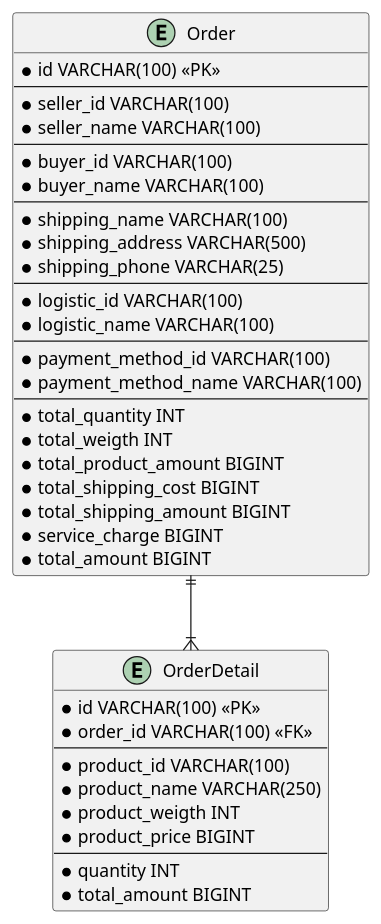
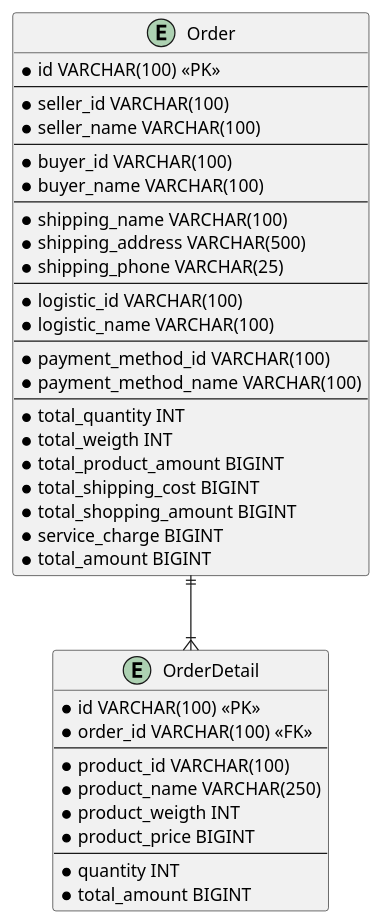
The diagram in history_order.puml (putrasatriowibowo/BelajarDatabase), drawn with PlantUML before and after one commit.

Commit message:
studi kasus history order revisi

```diff
--- a/history_order.puml
+++ b/history_order.puml
@@ -1,46 +1,46 @@
 @startuml
 
 entity Order {
 * id VARCHAR(100) <<PK>>
 --
 * seller_id VARCHAR(100)
 * seller_name VARCHAR(100)
 --
 * buyer_id VARCHAR(100)
 * buyer_name VARCHAR(100)
 --
 * shipping_name VARCHAR(100)
 * shipping_address VARCHAR(500)
 * shipping_phone VARCHAR(25)
 --
 * logistic_id VARCHAR(100)
 * logistic_name VARCHAR(100)
 --
 * payment_method_id VARCHAR(100)
 * payment_method_name VARCHAR(100)
 --
 * total_quantity INT
 * total_weigth INT
 * total_product_amount BIGINT
 * total_shipping_cost BIGINT
-* total_shipping_amount BIGINT
+* total_shopping_amount BIGINT
 * service_charge BIGINT
 * total_amount BIGINT
 }
 
 entity OrderDetail {
 * id VARCHAR(100) <<PK>>
 * order_id VARCHAR(100) <<FK>>
 --
 * product_id VARCHAR(100)
 * product_name VARCHAR(250)
 * product_weigth INT
 * product_price BIGINT
 --
 * quantity INT
 * total_amount BIGINT
 }
 
 Order ||--|{ OrderDetail
 
 @enduml
```
